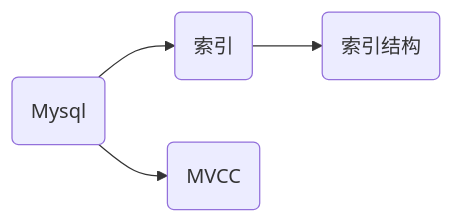
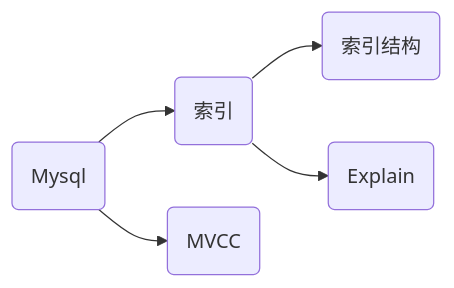
One commit to huan415/JavaYang changed the diagram in mysql/mysql.md. Above: the diagram before and after it, drawn with Mermaid. The commit also changed 2 other files, not shown here.

````diff
--- a/mysql/mysql.md
+++ b/mysql/mysql.md
@@ -1,6 +1,7 @@
 ```mermaid
 graph LR
 A(Mysql)-->B1(索引)
 A-->B2(MVCC)
 B1-->B11(索引结构)
+B1-->B12(Explain)
 ```
````
